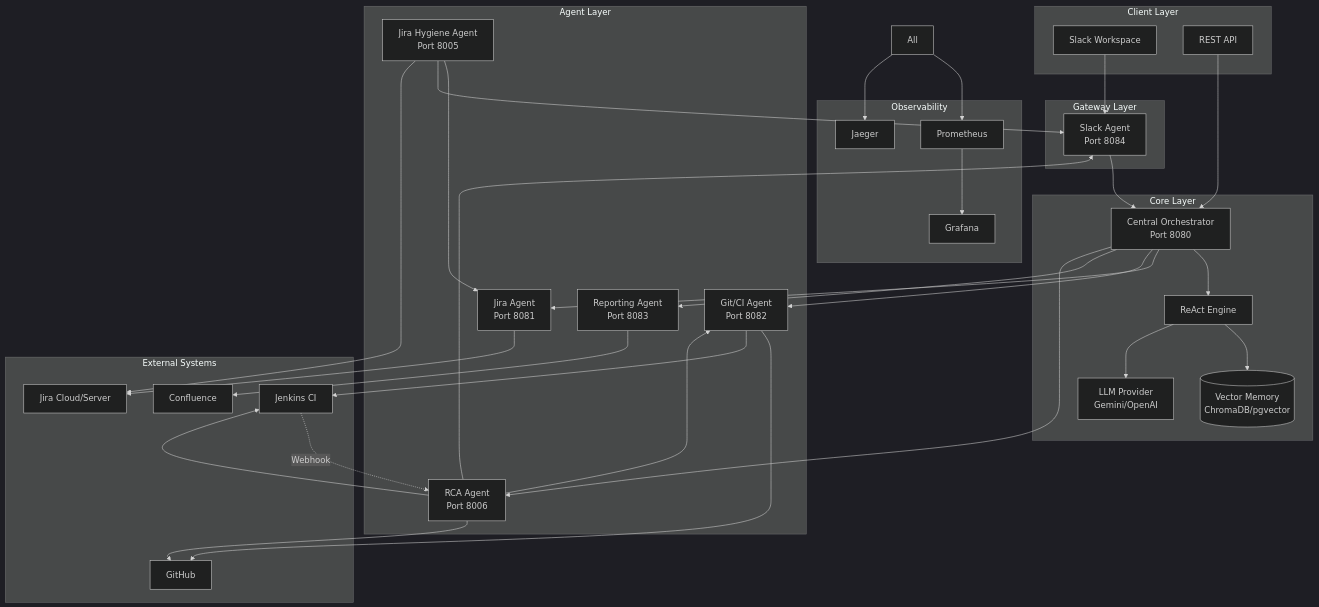
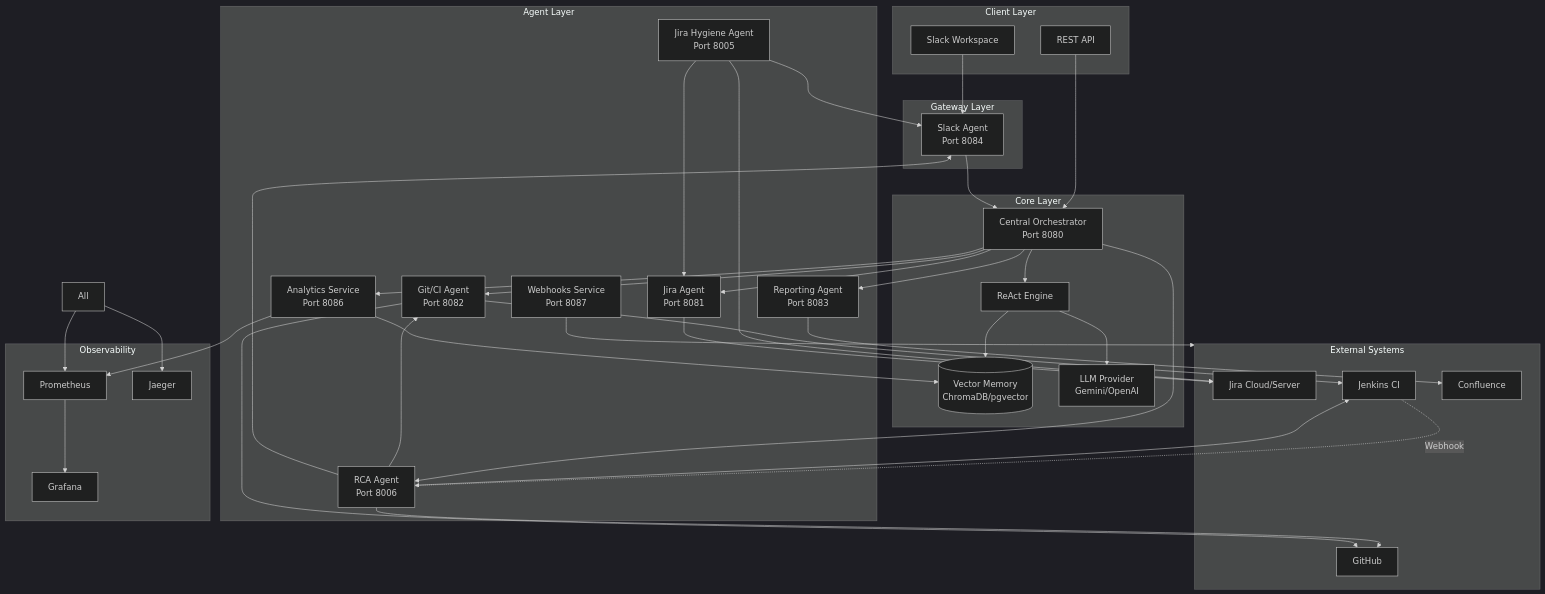
The first of 11 diagrams in docs/architecture.md (IKRedHat/Nexus-Release-Readiness-Bot), drawn with Mermaid (dark theme) before and after one commit. The commit also changed other lines of this file and 5 other files, not shown here.

````diff
--- a/docs/architecture.md
+++ b/docs/architecture.md
@@ -9,71 +9,79 @@
 ```mermaid
 flowchart TB
     subgraph Client["Client Layer"]
         Slack[Slack Workspace]
         API[REST API]
     end
     
     subgraph Gateway["Gateway Layer"]
         SlackAgent[Slack Agent<br/>Port 8084]
     end
     
     subgraph Core["Core Layer"]
         Orchestrator[Central Orchestrator<br/>Port 8080]
         ReAct[ReAct Engine]
         Memory[(Vector Memory<br/>ChromaDB/pgvector)]
         LLM[LLM Provider<br/>Gemini/OpenAI]
     end
     
     subgraph Agents["Agent Layer"]
         JiraAgent[Jira Agent<br/>Port 8081]
         GitAgent[Git/CI Agent<br/>Port 8082]
         ReportAgent[Reporting Agent<br/>Port 8083]
         HygieneAgent[Jira Hygiene Agent<br/>Port 8005]
         RCAAgent[RCA Agent<br/>Port 8006]
+        Analytics[Analytics Service<br/>Port 8086]
+        Webhooks[Webhooks Service<br/>Port 8087]
     end
     
     subgraph External["External Systems"]
         Jira[Jira Cloud/Server]
         GitHub[GitHub]
         Jenkins[Jenkins CI]
         Confluence[Confluence]
     end
     
     subgraph Observability["Observability"]
         Prometheus[Prometheus]
         Grafana[Grafana]
         Jaeger[Jaeger]
     end
     
     Slack --> SlackAgent
     API --> Orchestrator
     SlackAgent --> Orchestrator
     
     Orchestrator --> ReAct
     ReAct --> Memory
     ReAct --> LLM
     
     Orchestrator --> JiraAgent
     Orchestrator --> GitAgent
     Orchestrator --> ReportAgent
     
     HygieneAgent --> JiraAgent
     HygieneAgent --> SlackAgent
     HygieneAgent --> Jira
     
     Orchestrator --> RCAAgent
     RCAAgent --> GitAgent
     RCAAgent --> SlackAgent
     RCAAgent --> Jenkins
     RCAAgent --> GitHub
     Jenkins -.->|Webhook| RCAAgent
     
     JiraAgent --> Jira
     GitAgent --> GitHub
     GitAgent --> Jenkins
     ReportAgent --> Confluence
     
+    Analytics --> Prometheus
+    Analytics --> Memory
+    Orchestrator --> Analytics
+    
+    Webhooks --> External
+    
     All --> Prometheus
     Prometheus --> Grafana
     All --> Jaeger
 ```
````
